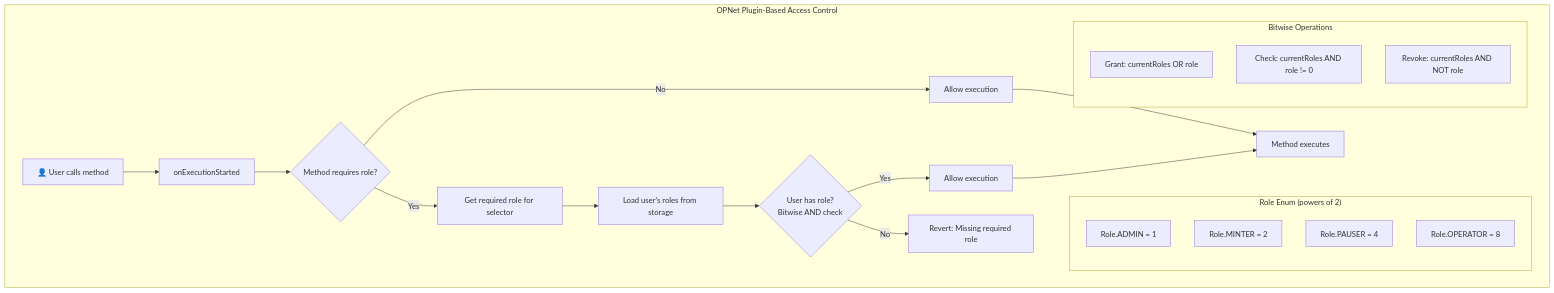
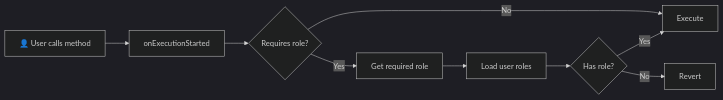
The third of 3 diagrams in docs/advanced/plugins.md (btc-vision/btc-runtime), drawn with Mermaid before and after one commit. The commit also changed other lines of this file and 6 other files, not shown here.

First line of the commit message:
Refactor diagrams and clarify documentation

````diff
--- a/docs/advanced/plugins.md
+++ b/docs/advanced/plugins.md
@@ -210,32 +210,15 @@
 ```mermaid
-flowchart TD
-    subgraph OPNet["OPNet Plugin-Based Access Control"]
-        A["👤 User calls method"] --> B["onExecutionStarted"]
-        B --> C{"Method requires role?"}
-
-        C -->|"No"| D["Allow execution"]
-
-        C -->|"Yes"| E["Get required role for selector"]
-        E --> F["Load user's roles from storage"]
-        F --> G{"User has role?<br/>Bitwise AND check"}
-
-        G -->|"Yes"| H["Allow execution"]
-        G -->|"No"| I["Revert: Missing required role"]
-
-        D --> J["Method executes"]
-        H --> J
-
-        subgraph RoleBits["Role Enum (powers of 2)"]
-            R1["Role.ADMIN = 1"]
-            R2["Role.MINTER = 2"]
-            R3["Role.PAUSER = 4"]
-            R4["Role.OPERATOR = 8"]
-        end
-
-        subgraph BitwiseOps["Bitwise Operations"]
-            B1["Grant: currentRoles OR role"]
-            B2["Check: currentRoles AND role != 0"]
-            B3["Revoke: currentRoles AND NOT role"]
-        end
-    end
+---
+config:
+  theme: dark
+---
+flowchart LR
+    A["👤 User calls method"] --> B["onExecutionStarted"]
+    B --> C{"Requires role?"}
+    C -->|"No"| D["Execute"]
+    C -->|"Yes"| E["Get required role"]
+    E --> F["Load user roles"]
+    F --> G{"Has role?"}
+    G -->|"Yes"| D
+    G -->|"No"| H["Revert"]
 ```
````
